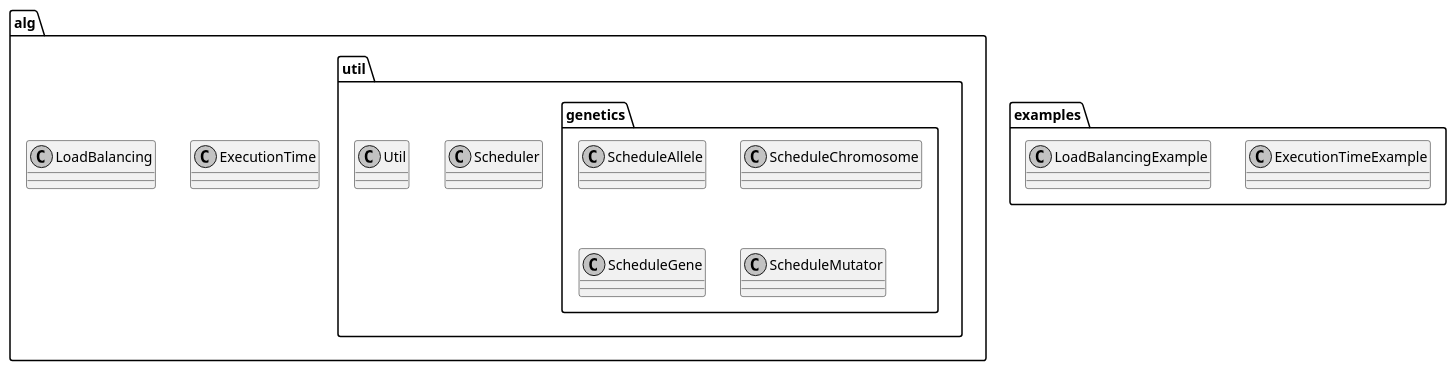
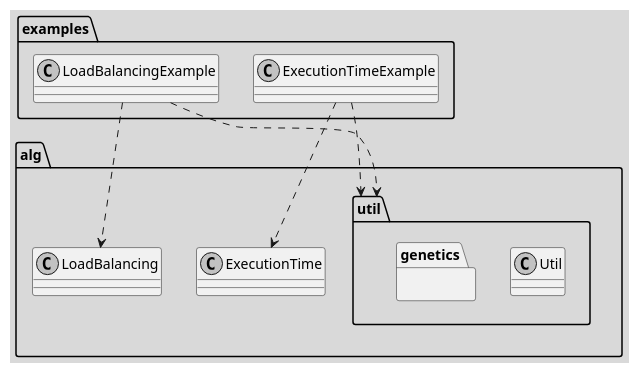
Before and after one commit to pjcuadra/galob: the fourth of 5 diagrams in docs/source/arch/overview.rst, drawn with PlantUML. The commit also changed other lines of this file and 1 other file, not shown here.

Commit message:
chg: dev: Update class diagram of software architecture @WIP

```diff
--- a/docs/source/arch/overview.rst
+++ b/docs/source/arch/overview.rst
@@ -4,27 +163,33 @@
 .. uml::
   :scale: 50 %
   :align: center
 
   skinparam monochrome true
+  skinparam backgroundColor #d9d9d9
 
   package alg {
     class ExecutionTime
     class LoadBalancing
 
     package util {
-      class Scheduler
       class Util
 
       package genetics {
-        class ScheduleAllele
-        class ScheduleChromosome
-        class ScheduleGene
-        class ScheduleMutator
+
       }
     }
   }
 
   package examples {
     class ExecutionTimeExample
     class LoadBalancingExample
+
+    ExecutionTimeExample ..> ExecutionTime
+    ExecutionTimeExample ..> util
+
+    LoadBalancingExample ..> LoadBalancing
+    LoadBalancingExample ..> util
+
+
+
   }
```
